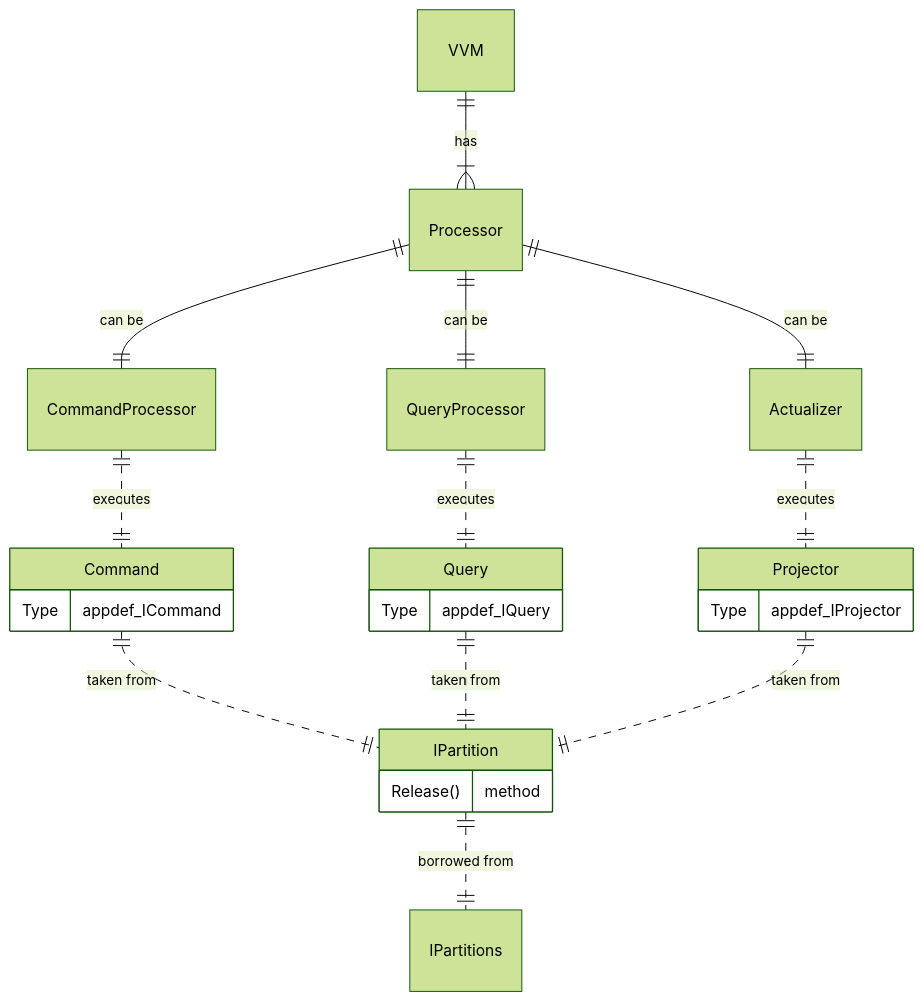
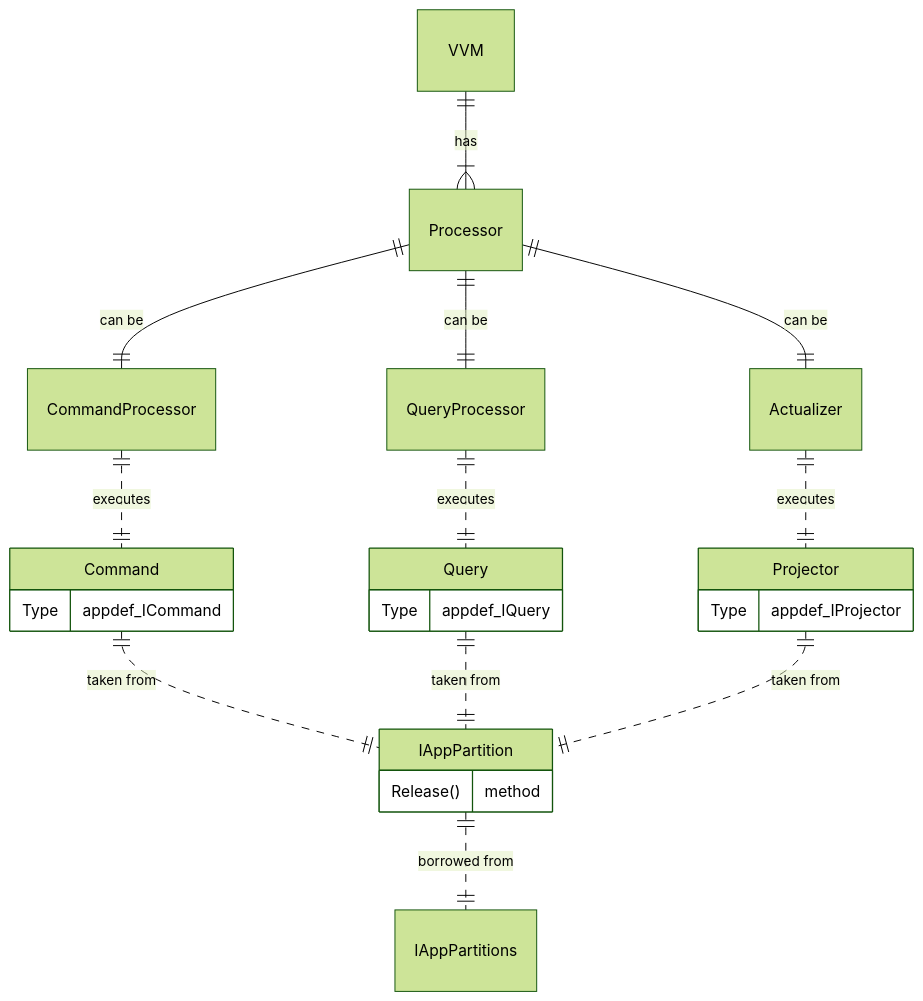
The fourth of 15 diagrams in design/README.md (voedger/voedger), drawn with Mermaid (forest theme) before and after one commit. The commit also changed other lines of this file, not shown here.

Commit message:
IPartition => AppPartition

````diff
--- a/design/README.md
+++ b/design/README.md
@@ -120,37 +120,37 @@
 ```mermaid
     erDiagram
     
     %% Entities
 
     Projector{
         Type   appdef_IProjector
     }
     Query{
         Type   appdef_IQuery
     }
     Command {
         Type   appdef_ICommand
     }   
-    IPartition {
+    IAppPartition {
         Release() method
     }       
 
     %% Relations
 
     VVM ||--|{ Processor : "has"
 
     Processor ||--|| CommandProcessor : "can be"
     Processor ||--|| QueryProcessor : "can be"
     Processor ||--|| Actualizer : "can be"   
 
 
     Actualizer ||..|| Projector: executes
     CommandProcessor ||..|| Command: "executes"
     QueryProcessor ||..|| Query: "executes"
 
-    Command ||..|| IPartition: "taken from"
-    Query ||..|| IPartition: "taken from"
-    Projector ||..|| IPartition: "taken from"
+    Command ||..|| IAppPartition: "taken from"
+    Query ||..|| IAppPartition: "taken from"
+    Projector ||..|| IAppPartition: "taken from"
 
-    IPartition ||..|| IPartitions: "borrowed from"
+    IAppPartition ||..|| IAppPartitions: "borrowed from"
 ```
````
